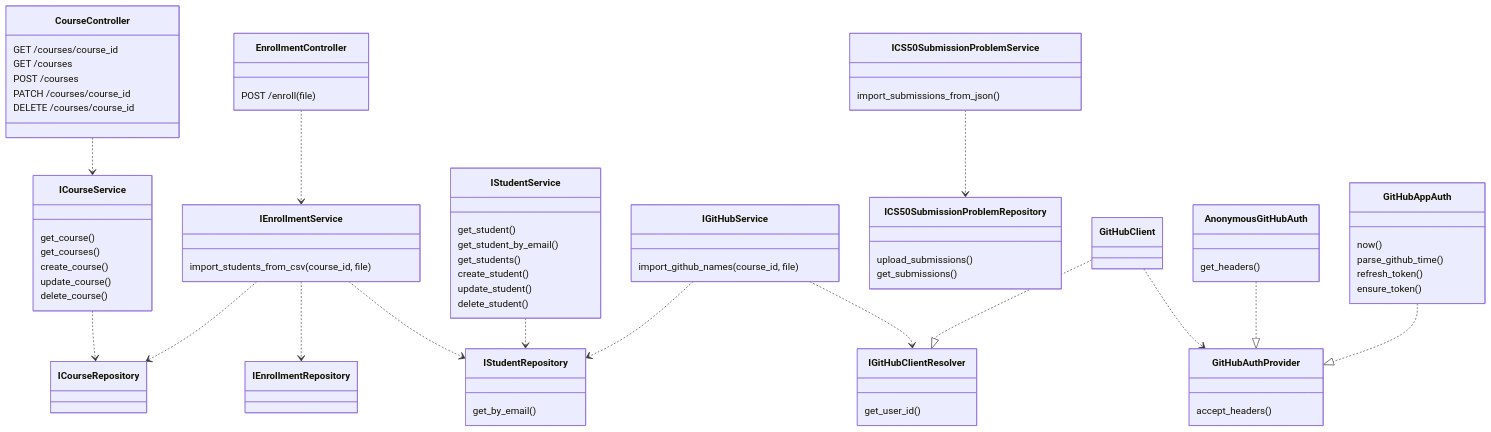
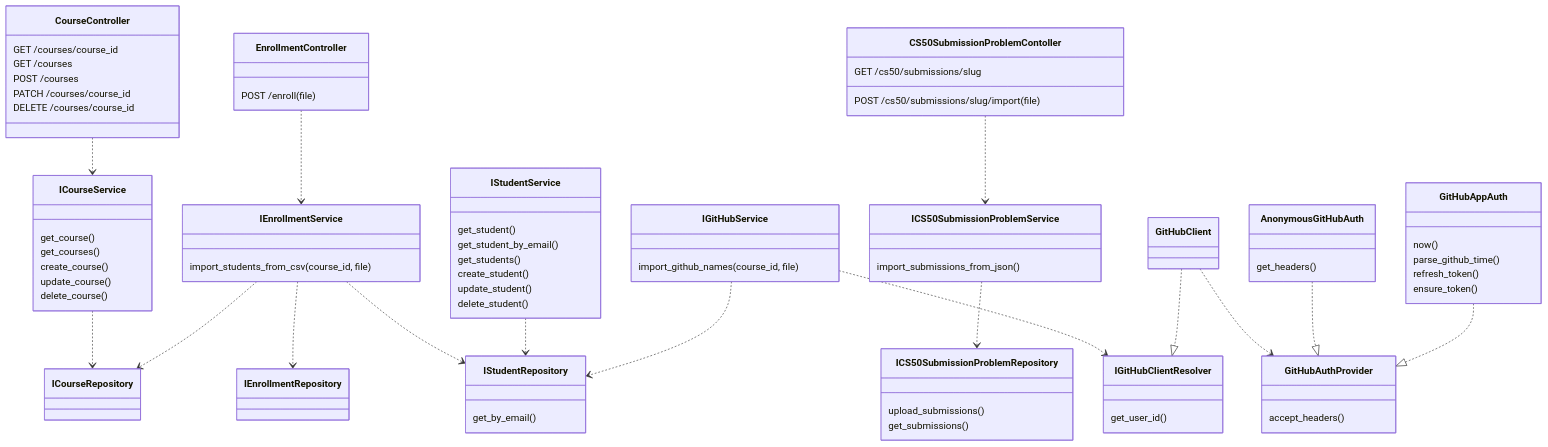
The diagram in docs/application.mmd (LeoKle/cs50-moodle-bridge), drawn with Mermaid before and after one commit.

Commit message:
feat(docs): add CS50SubmissionProblemContoller

```diff
--- a/docs/application.mmd
+++ b/docs/application.mmd
@@ -1,120 +1,126 @@
 classDiagram
     class CourseController {
         GET /courses/course_id
         GET /courses
         POST /courses
         PATCH /courses/course_id
         DELETE /courses/course_id
     }
     class ICourseService {
         get_course()
         get_courses()
         create_course()
         update_course()
         delete_course()
     }
     class ICourseRepository {
         %% create()
         %% get()
         %% get_all()
         %% update()
         %% delete()
     }
     CourseController ..> ICourseService
     ICourseService ..> ICourseRepository
 
     
     class EnrollmentController {
         POST /enroll(file)
     }
     EnrollmentController ..> IEnrollmentService
     class IEnrollmentService {
         import_students_from_csv(course_id, file)
     }
     class IEnrollmentRepository {
         %% create()
         %% get()
         %% get_all()
         %% update()
         %% delete()
     }
     IEnrollmentService ..> IEnrollmentRepository
     IEnrollmentService ..> IStudentRepository
     IEnrollmentService ..> ICourseRepository
 
     %% class StudentController
     %% StudentController ..> IStudentService
     class IStudentService {
         get_student()
         get_student_by_email()
         get_students()
         create_student()
         update_student()
         delete_student()
     }
     class IStudentRepository {
         %% create()
         %% get()
         get_by_email()
         %% get_all()
         %% update()
         %% delete()
     }
     IStudentService ..> IStudentRepository
 
     class IGitHubService {
         import_github_names(course_id, file)
     }
     IGitHubService ..> IStudentRepository
     IGitHubService ..> IGitHubClientResolver
 
     class ICS50SubmissionProblemRepository {
         upload_submissions()
         get_submissions()
     }
 
     class ICS50SubmissionProblemService {
         import_submissions_from_json()
     }
     ICS50SubmissionProblemService ..> ICS50SubmissionProblemRepository
 
     class IGitHubClientResolver {
         get_user_id()
     }
 
     class GitHubClient {
         %% get_user_id()
     }
     GitHubClient ..|> IGitHubClientResolver
     GitHubClient ..> GitHubAuthProvider
 
     class GitHubAuthProvider {
         accept_headers()
         %% get_headers()
     }
     class AnonymousGitHubAuth {
         get_headers()
     }
     AnonymousGitHubAuth ..|> GitHubAuthProvider
     class GitHubAppAuth {
         now()
         parse_github_time()
         refresh_token()
         ensure_token()
         %% get_headers()
     }
     GitHubAppAuth ..|> GitHubAuthProvider
 
     %% class IRepository {
     %%     create()
     %%     get()
     %%     get_all()
     %%     update()
     %%     delete()
     %% }
     %% IRepository <|.. ICourseRepository
     %% IRepository <|.. IEnrollmentRepository
     %% IRepository <|.. IStudentRepository
     %% class IStudentRepository
     %% IStudentService ..> IStudentRepository
     %% StudentController ..> IStudentService
+
+    class CS50SubmissionProblemContoller {
+        POST /cs50/submissions/slug/import (file)
+        GET /cs50/submissions/slug
+    }
+    CS50SubmissionProblemContoller ..> ICS50SubmissionProblemService
```
